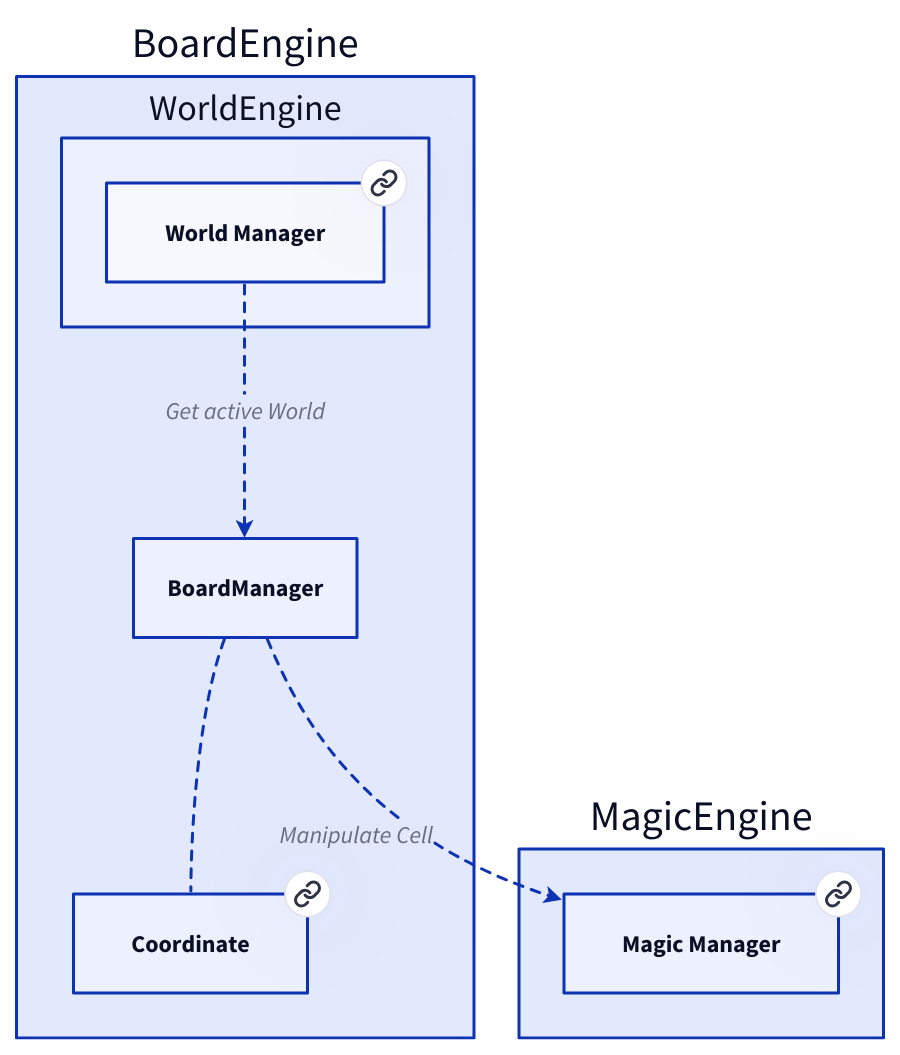
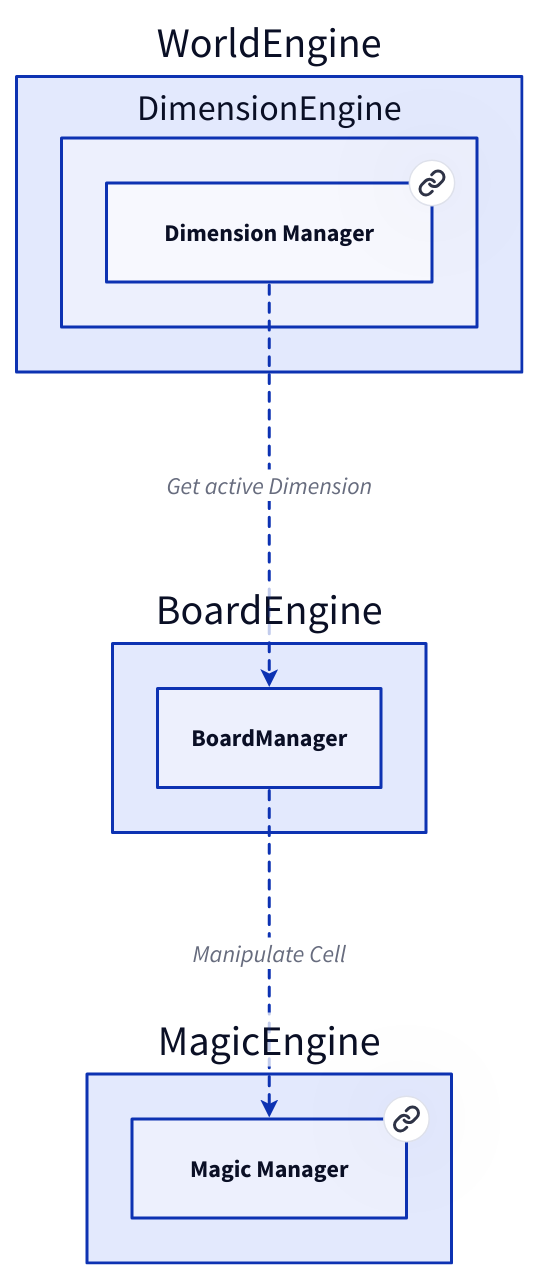
One commit to Portevent/Brume-Documentation changed the diagram in doc/graphs/d2/BoardManager.d2. Above: the diagram before and after it, drawn with D2. The commit also changed 226 other files, not shown here.

```diff
--- a/doc/graphs/d2/BoardManager.d2
+++ b/doc/graphs/d2/BoardManager.d2
@@ -1,27 +1,23 @@
 # Nodes :
-BoardEngine: {
-    Coordinate: Coordinate {
-       link: Coordinate
-    }
-    WorldEngine: {
-        WorldManager: World Manager {
-           link: WorldManager
+WorldEngine: {
+    DimensionEngine: {
+        DimensionManager: Dimension Manager {
+           link: DimensionManager
         }
     }
 }
 MagicEngine: {
     MagicManager: Magic Manager {
        link: MagicManager
     }
 }
 
 # Links :
-BoardEngine.BoardManager -- BoardEngine.Coordinate: {style.stroke-dash: 3}
-BoardEngine.WorldEngine.WorldManager -> BoardEngine.BoardManager: Get active World {style.stroke-dash: 3
+WorldEngine.DimensionEngine.DimensionManager -> BoardEngine.BoardManager: Get active Dimension {style.stroke-dash: 3
 source-arrowhead: {}
 target-arrowhead: {shape: arrow}
 }
 BoardEngine.BoardManager -> MagicEngine.MagicManager: Manipulate Cell {style.stroke-dash: 3
 source-arrowhead: {}
 target-arrowhead: {shape: arrow}
 }
```
